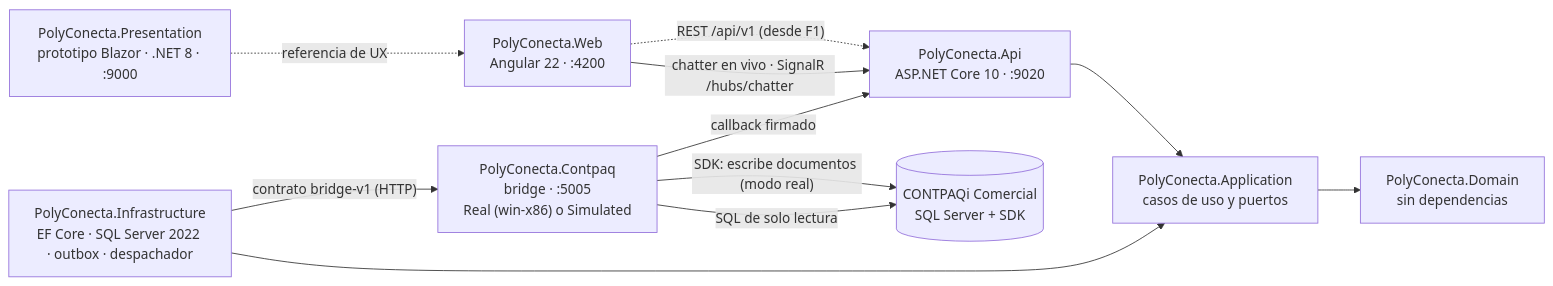
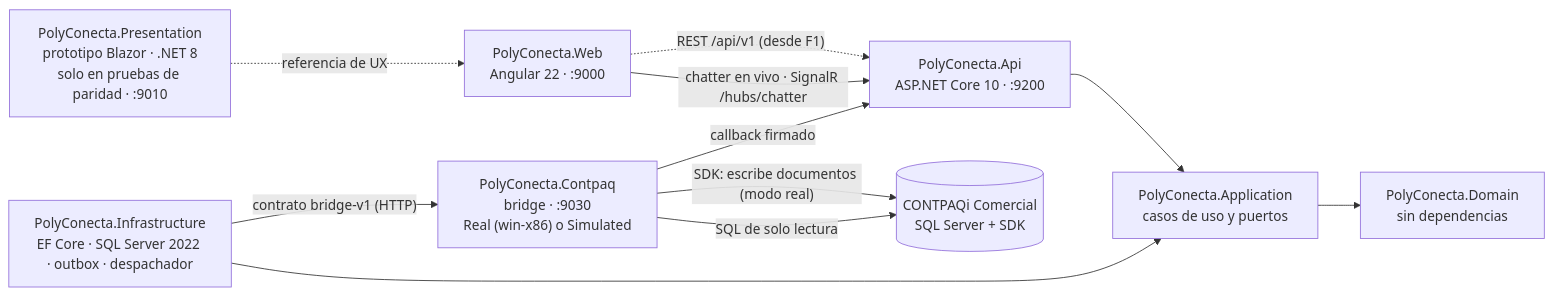
Before and after one commit to INNATOS-SYSTEMS/Polyconecta: the diagram in docs/diseno/05-arquitectura-tecnica.md, drawn with Mermaid. The commit also changed other lines of this file and 26 other files, not shown here.

First line of the commit message:
Puertos locales: Web en 9000, API en 9200 y bridge en 9030 (D-128)

````diff
--- a/docs/diseno/05-arquitectura-tecnica.md
+++ b/docs/diseno/05-arquitectura-tecnica.md
@@ -22,21 +22,21 @@
 ```mermaid
 flowchart LR
-    WEB["PolyConecta.Web<br/>Angular 22 · :4200"]
-    PROTO["PolyConecta.Presentation<br/>prototipo Blazor · .NET 8 · :9000"]
-    API["PolyConecta.Api<br/>ASP.NET Core 10 · :9020"]
+    WEB["PolyConecta.Web<br/>Angular 22 · :9000"]
+    PROTO["PolyConecta.Presentation<br/>prototipo Blazor · .NET 8<br/>solo en pruebas de paridad · :9010"]
+    API["PolyConecta.Api<br/>ASP.NET Core 10 · :9200"]
     APP["PolyConecta.Application<br/>casos de uso y puertos"]
     INF["PolyConecta.Infrastructure<br/>EF Core · SQL Server 2022 · outbox · despachador"]
     DOM["PolyConecta.Domain<br/>sin dependencias"]
-    BR["PolyConecta.Contpaq<br/>bridge · :5005<br/>Real (win-x86) o Simulated"]
+    BR["PolyConecta.Contpaq<br/>bridge · :9030<br/>Real (win-x86) o Simulated"]
     ERP[("CONTPAQi Comercial<br/>SQL Server + SDK")]
 
     WEB -. "REST /api/v1 (desde F1)" .-> API
     WEB -- "chatter en vivo · SignalR /hubs/chatter" --> API
     PROTO -. "referencia de UX" .-> WEB
     API --> APP --> DOM
     INF --> APP
     INF -- "contrato bridge-v1 (HTTP)" --> BR
     BR -- "callback firmado" --> API
     BR -- "SDK: escribe documentos (modo real)" --> ERP
     BR -- "SQL de solo lectura" --> ERP
 ```
````
